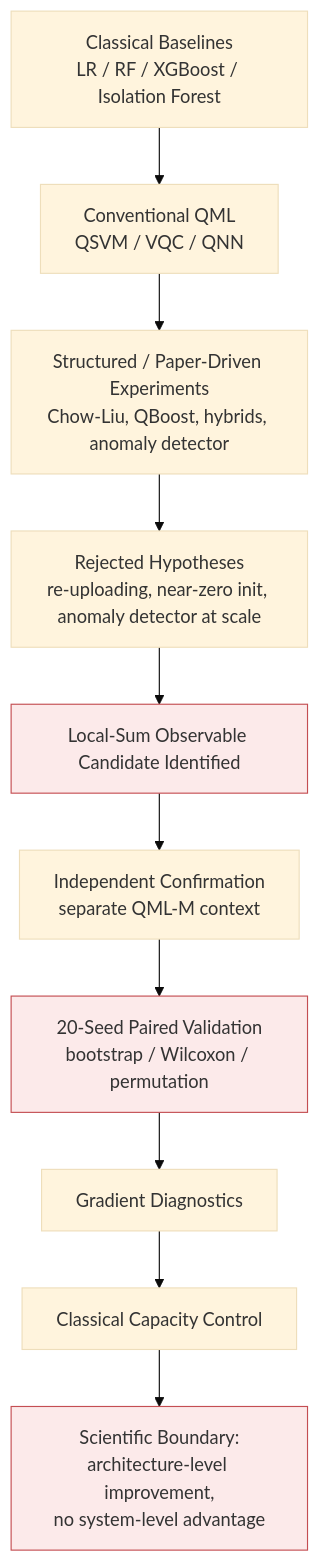
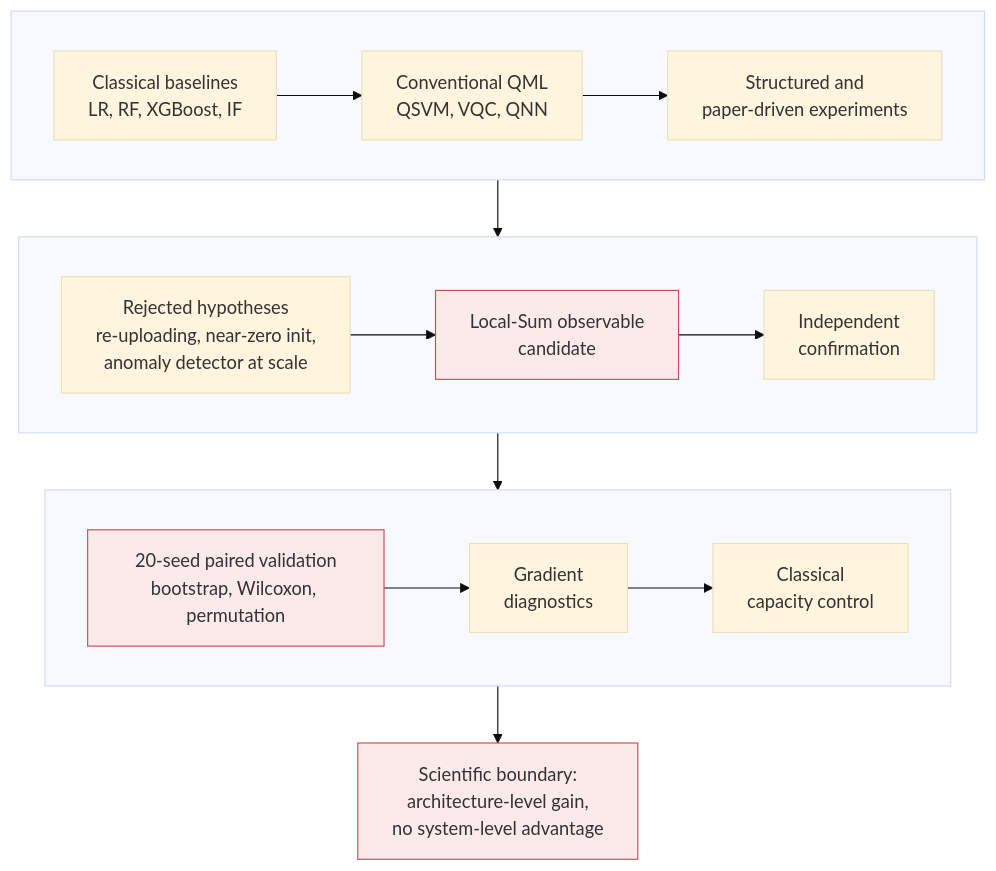
The diagram in artifacts/diagrams_src/layer1_experimental_workflow.mmd (Debshata/QSFD), drawn with Mermaid (base theme) before and after one commit. The commit also changed 69 other files, not shown here.

First line of the commit message:
report: fix issues found by real Overleaf compile (bib paths, figure heights, tall diagrams, broken ref, path hygiene); document verified status

```diff
--- a/artifacts/diagrams_src/layer1_experimental_workflow.mmd
+++ b/artifacts/diagrams_src/layer1_experimental_workflow.mmd
@@ -1,13 +1,19 @@
-graph TD
-    A[Classical Baselines<br/>LR / RF / XGBoost / Isolation Forest] --> B[Conventional QML<br/>QSVM / VQC / QNN]
-    B --> C[Structured / Paper-Driven Experiments<br/>Chow-Liu, QBoost, hybrids, anomaly detector]
-    C --> D[Rejected Hypotheses<br/>re-uploading, near-zero init, anomaly detector at scale]
-    D --> E[Local-Sum Observable Candidate Identified]
-    E --> F[Independent Confirmation<br/>separate QML-M context]
-    F --> G[20-Seed Paired Validation<br/>bootstrap / Wilcoxon / permutation]
-    G --> H[Gradient Diagnostics]
-    H --> I[Classical Capacity Control]
-    I --> J[Scientific Boundary:<br/>architecture-level improvement,<br/>no system-level advantage]
+flowchart TB
+    subgraph R1[" "]
+        direction LR
+        A[Classical baselines<br/>LR, RF, XGBoost, IF] --> B[Conventional QML<br/>QSVM, VQC, QNN] --> C[Structured and<br/>paper-driven experiments]
+    end
+    subgraph R2[" "]
+        direction LR
+        D[Rejected hypotheses<br/>re-uploading, near-zero init,<br/>anomaly detector at scale] --> E[Local-Sum observable<br/>candidate] --> F[Independent<br/>confirmation]
+    end
+    subgraph R3[" "]
+        direction LR
+        G[20-seed paired validation<br/>bootstrap, Wilcoxon, permutation] --> H[Gradient<br/>diagnostics] --> I[Classical<br/>capacity control]
+    end
+    R1 --> R2
+    R2 --> R3
+    R3 --> J[Scientific boundary:<br/>architecture-level gain,<br/>no system-level advantage]
     style E fill:#FCEAEA,stroke:#C44E52
     style G fill:#FCEAEA,stroke:#C44E52
     style J fill:#FCEAEA,stroke:#C44E52
```
